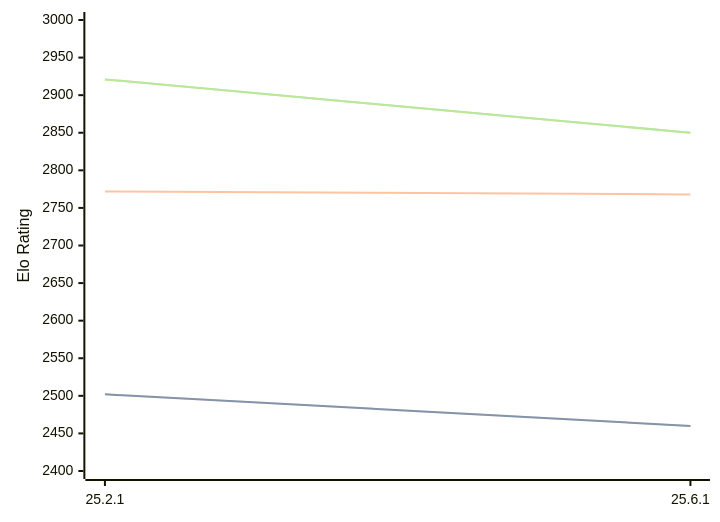
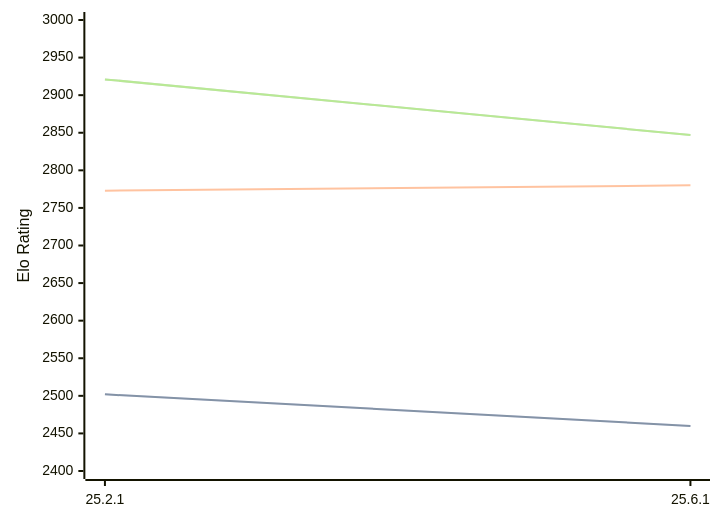
One commit to computer-chess-index/cci changed the first of 3 diagrams in engines/Crafty.md. Above: the diagram before and after it, drawn with Mermaid. The commit also changed other lines of this file, not shown here.

Commit message:
Update CCI Ratings (ELO VLTC) - 2026-07-09

````diff
--- a/engines/Crafty.md
+++ b/engines/Crafty.md
@@ -32,11 +32,11 @@
 ```mermaid
 %%{init: {"theme":"base","themeVariables":{"seriesColors:['#a3a3a3','#222221','#faa371']}}}%%
 xychart-beta
   x-axis ["25.2.1", "25.6.1"]
   y-axis "Elo Rating" 2400 --> 3000
   line "STC (8.0+0.08s)" [2502, 2460]
   line "STC (8.0+0.08s)" [2502, 2460]
-  line "LTC (60.0+0.60s)" [2772, 2768]
-  line "VLTC (2m24s+1.12s)" [2921, 2850]
-  line "VLTC (2m24s+1.12s)" [2921, 2850]
+  line "LTC (60.0+0.60s)" [2773, 2780]
+  line "VLTC (2m24s+1.12s)" [2921, 2847]
+  line "VLTC (2m24s+1.12s)" [2921, 2847]
 ```
````
